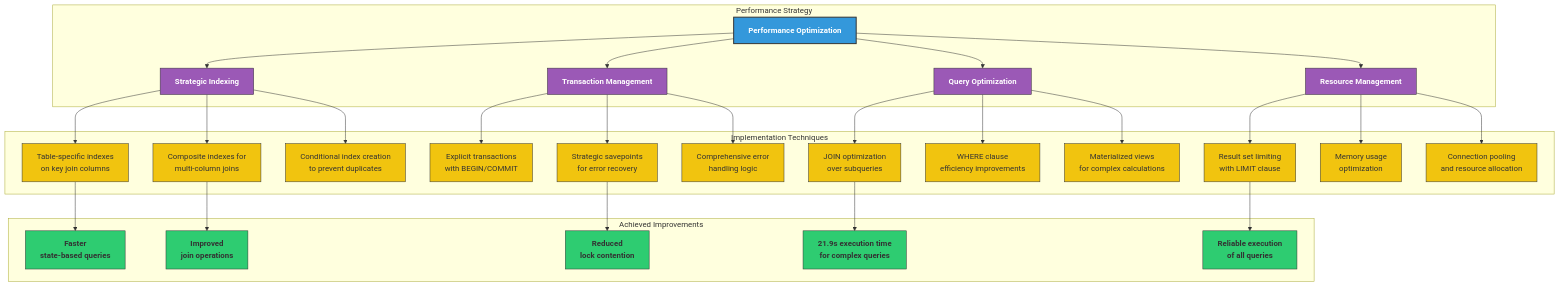
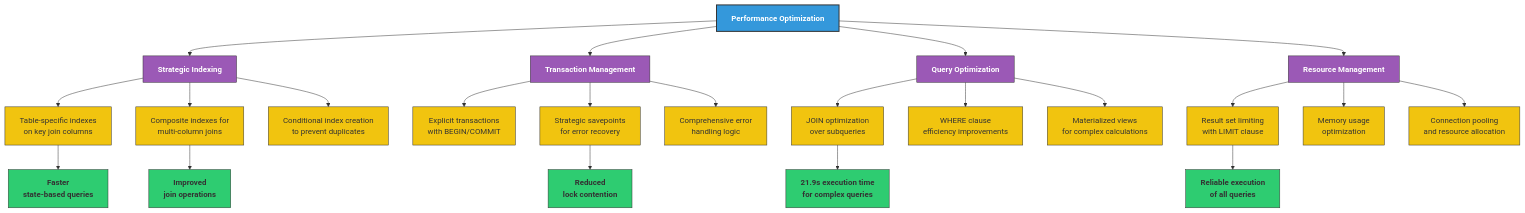
The ninth of 10 diagrams in us-household-income-analysis/README.md (tzolkowski96/tzolkowski96), drawn with Mermaid before and after one commit. The commit also changed other lines of this file, not shown here.

Commit message:
refactor README.md for improved clarity and consistency in flowcharts and descriptions

````diff
--- a/us-household-income-analysis/README.md
+++ b/us-household-income-analysis/README.md
@@ -919,48 +905,34 @@
 ```mermaid
 flowchart TD
-    %% Main sections with clear color coding
-    subgraph "Performance Strategy"
-        A[Performance Optimization]:::main --> B[Strategic Indexing]:::strategy
-        A --> C[Transaction Management]:::strategy
-        A --> D[Query Optimization]:::strategy
-        A --> E[Resource Management]:::strategy
-    end
+    A[Performance Optimization]:::main --> B[Strategic Indexing]:::strategy
+    A --> C[Transaction Management]:::strategy
+    A --> D[Query Optimization]:::strategy
+    A --> E[Resource Management]:::strategy
     
-    %% Implementation techniques with consistent styling
-    subgraph "Implementation Techniques"
-        %% Indexing techniques
-        B --> B1[Table-specific indexes<br>on key join columns]:::technique
-        B --> B2[Composite indexes for<br>multi-column joins]:::technique
-        B --> B3[Conditional index creation<br>to prevent duplicates]:::technique
-        
-        %% Transaction techniques
-        C --> C1[Explicit transactions<br>with BEGIN/COMMIT]:::technique
-        C --> C2[Strategic savepoints<br>for error recovery]:::technique
-        C --> C3[Comprehensive error<br>handling logic]:::technique
-        
-        %% Query optimization
-        D --> D1[JOIN optimization<br>over subqueries]:::technique
-        D --> D2[WHERE clause<br>efficiency improvements]:::technique
-        D --> D3[Materialized views<br>for complex calculations]:::technique
-        
-        %% Resource management
-        E --> E1[Result set limiting<br>with LIMIT clause]:::technique
-        E --> E2[Memory usage<br>optimization]:::technique
-        E --> E3[Connection pooling<br>and resource allocation]:::technique
-    end
+    B --> B1[Table-specific indexes<br>on key join columns]:::technique
+    B --> B2[Composite indexes for<br>multi-column joins]:::technique
+    B --> B3[Conditional index creation<br>to prevent duplicates]:::technique
     
-    %% Results with standout styling
-    subgraph "Achieved Improvements"
-        B1 --> F1[Faster<br>state-based queries]:::result
-        B2 --> F2[Improved<br>join operations]:::result
-        C2 --> F3[Reduced<br>lock contention]:::result
-        D1 --> F4[21.9s execution time<br>for complex queries]:::result
-        E1 --> F5[Reliable execution<br>of all queries]:::result
-    end
+    C --> C1[Explicit transactions<br>with BEGIN/COMMIT]:::technique
+    C --> C2[Strategic savepoints<br>for error recovery]:::technique
+    C --> C3[Comprehensive error<br>handling logic]:::technique
     
-    %% Style definitions
+    D --> D1[JOIN optimization<br>over subqueries]:::technique
+    D --> D2[WHERE clause<br>efficiency improvements]:::technique
+    D --> D3[Materialized views<br>for complex calculations]:::technique
+    
+    E --> E1[Result set limiting<br>with LIMIT clause]:::technique
+    E --> E2[Memory usage<br>optimization]:::technique
+    E --> E3[Connection pooling<br>and resource allocation]:::technique
+    
+    B1 --> F1[Faster<br>state-based queries]:::result
+    B2 --> F2[Improved<br>join operations]:::result
+    C2 --> F3[Reduced<br>lock contention]:::result
+    D1 --> F4[21.9s execution time<br>for complex queries]:::result
+    E1 --> F5[Reliable execution<br>of all queries]:::result
+    
     classDef main fill:#3498db,stroke:#333,stroke-width:2px,color:#fff,font-weight:bold
     classDef strategy fill:#9b59b6,stroke:#333,stroke-width:1px,color:#fff,font-weight:bold
     classDef technique fill:#f1c40f,stroke:#333,stroke-width:1px,color:#333,font-weight:normal
     classDef result fill:#2ecc71,stroke:#333,stroke-width:1px,color:#333,font-weight:bold
 ```
````
